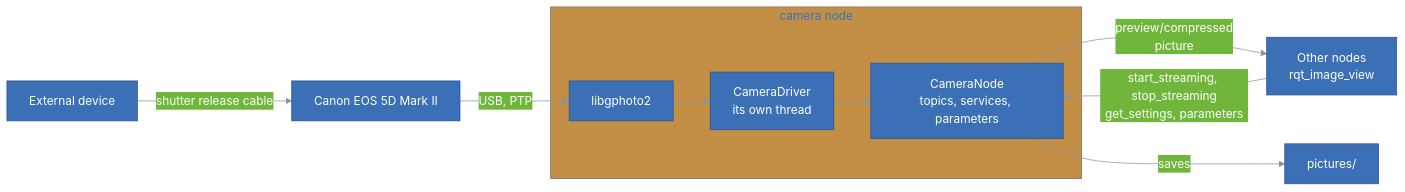
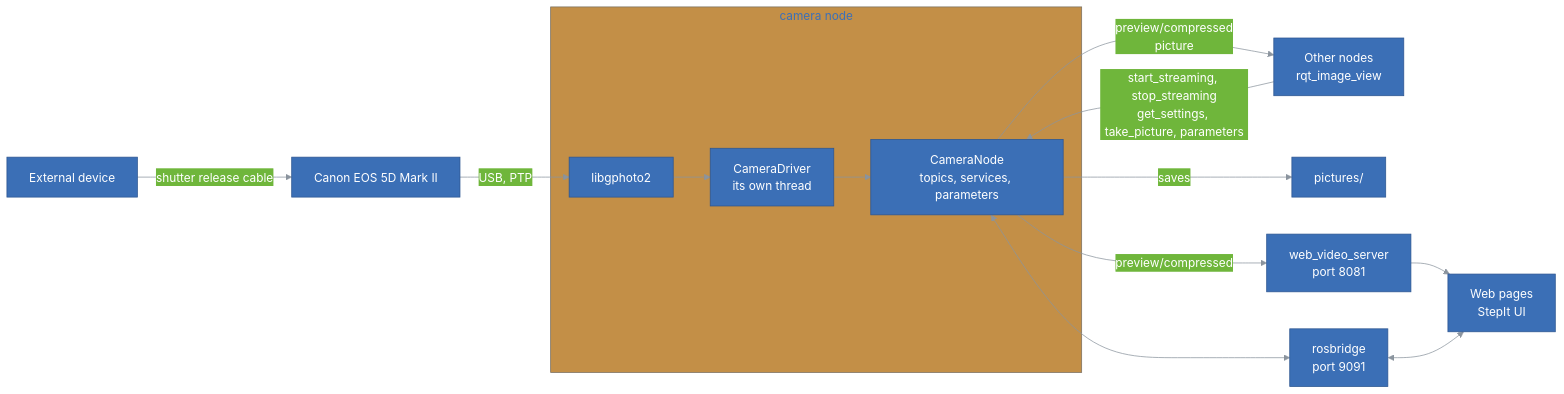
One commit to kineticsystem/stepit-camera changed the first of 4 diagrams in docs/ARCHITECTURE.md. Above: the diagram before and after it, drawn with Mermaid. The commit also changed other lines of this file and 18 other files, not shown here.

First line of the commit message:
Take test shots, set the white balance, and serve web pages

````diff
--- a/docs/ARCHITECTURE.md
+++ b/docs/ARCHITECTURE.md
@@ -34,22 +34,26 @@
 ```mermaid
 ---
 config:
   theme: base
   themeVariables:
     primaryColor: "#3b6fb6"
     primaryTextColor: "#ffffff"
     primaryBorderColor: "#2c5590"
     lineColor: "#8b949e"
     textColor: "#4d86d6"
 ---
 flowchart LR
     Trigger["External device"] -- "shutter release cable" --> Camera["Canon EOS 5D Mark II"]
     Camera -- "USB, PTP" --> GPhoto["libgphoto2"]
     subgraph Node["camera node"]
         GPhoto --> Driver["CameraDriver<br/>its own thread"]
         Driver --> ROS["CameraNode<br/>topics, services, parameters"]
     end
     ROS -- "preview/compressed<br/>picture" --> Clients["Other nodes<br/>rqt_image_view"]
-    Clients -- "start_streaming, stop_streaming<br/>get_settings, parameters" --> ROS
+    Clients -- "start_streaming, stop_streaming<br/>get_settings, take_picture, parameters" --> ROS
     ROS -- "saves" --> Folder["pictures/"]
+    ROS -- "preview/compressed" --> Video["web_video_server<br/>port 8081"]
+    ROS <--> Bridge["rosbridge<br/>port 9091"]
+    Video --> Browser["Web pages<br/>StepIt UI"]
+    Bridge <--> Browser
 ```
````
